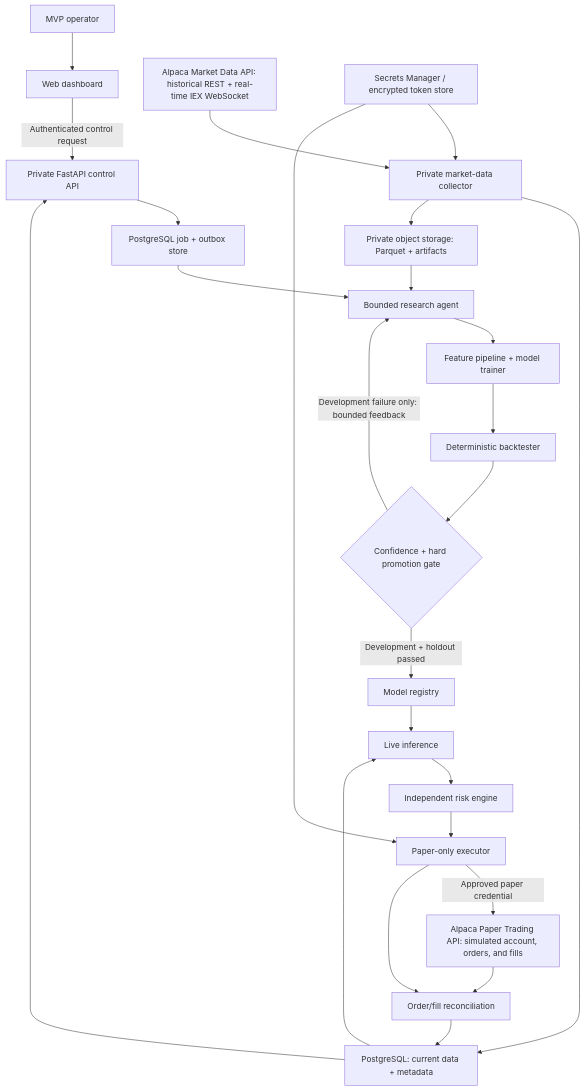
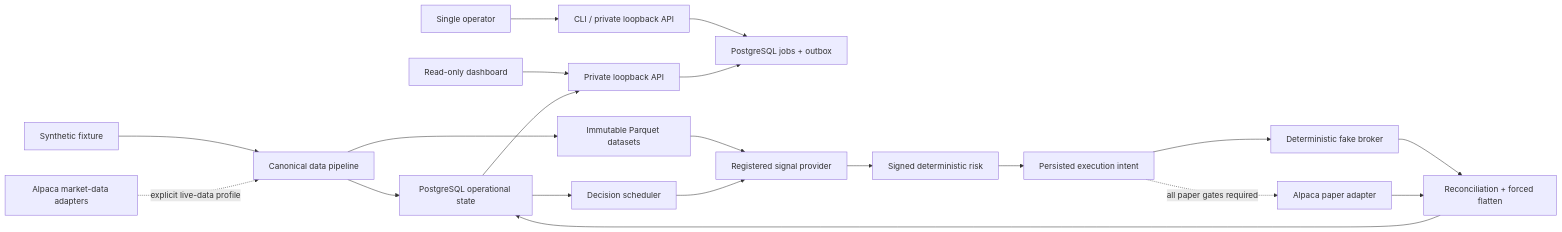
Before and after one commit to yudhiishvs/autonomous-quant-agent: the diagram in README.md, drawn with Mermaid. The commit also changed other lines of this file and 271 other files, not shown here.

Commit message:
feat: implement non-AI platform architecture and verification

````diff
--- a/README.md
+++ b/README.md
@@ -195,31 +64,23 @@
-~~~mermaid
-flowchart TB
-    USER["MVP operator"] --> WEB["Web dashboard"]
-    WEB -->|"Authenticated control request"| API["Private FastAPI control API"]
+```mermaid
+flowchart LR
+    OP["Single operator"] --> CLI["CLI / private loopback API"]
+    UI["Read-only dashboard"] --> API["Private loopback API"]
+    CLI --> JOBS["PostgreSQL jobs + outbox"]
+    API --> JOBS
 
-    ALPACA_DATA["Alpaca Market Data API: historical REST + real-time IEX WebSocket"] --> COLLECTOR["Private market-data collector"]
-    COLLECTOR --> PG["PostgreSQL: current data + metadata"]
-    COLLECTOR --> OBJECTS["Private object storage: Parquet + artifacts"]
-
-    API --> JOBS["PostgreSQL job + outbox store"]
-    JOBS --> RESEARCH["Bounded research agent"]
-    OBJECTS --> RESEARCH
-    RESEARCH --> TRAINER["Feature pipeline + model trainer"]
-    TRAINER --> BACKTEST["Deterministic backtester"]
-    BACKTEST --> GATE{"Confidence + hard promotion gate"}
-    GATE -->|"Development failure only: bounded feedback"| RESEARCH
-    GATE -->|"Development + holdout passed"| REGISTRY["Model registry"]
-
-    REGISTRY --> INFERENCE["Live inference"]
-    PG --> INFERENCE
-    INFERENCE --> RISK["Independent risk engine"]
-    RISK --> EXECUTOR["Paper-only executor"]
-    EXECUTOR -->|"Approved paper credential"| ALPACA_PAPER["Alpaca Paper Trading API: simulated account, orders, and fills"]
-    ALPACA_PAPER --> RECON["Order/fill reconciliation"]
-    EXECUTOR --> RECON
+    FIXTURE["Synthetic fixture"] --> DATA["Canonical data pipeline"]
+    ALPACA_DATA["Alpaca market-data adapters"] -. "explicit live-data profile" .-> DATA
+    DATA --> PG["PostgreSQL operational state"]
+    DATA --> PARQUET["Immutable Parquet datasets"]
+    PG --> SCHED["Decision scheduler"]
+    PARQUET --> SIGNAL["Registered signal provider"]
+    SCHED --> SIGNAL
+    SIGNAL --> RISK["Signed deterministic risk"]
+    RISK --> INTENT["Persisted execution intent"]
+    INTENT --> FAKE["Deterministic fake broker"]
+    INTENT -. "all paper gates required" .-> PAPER["Alpaca paper adapter"]
+    FAKE --> RECON["Reconciliation + forced flatten"]
+    PAPER --> RECON
     RECON --> PG
-
-    SECRETS["Secrets Manager / encrypted token store"] --> COLLECTOR
-    SECRETS --> EXECUTOR
     PG --> API
-~~~
+```
````
